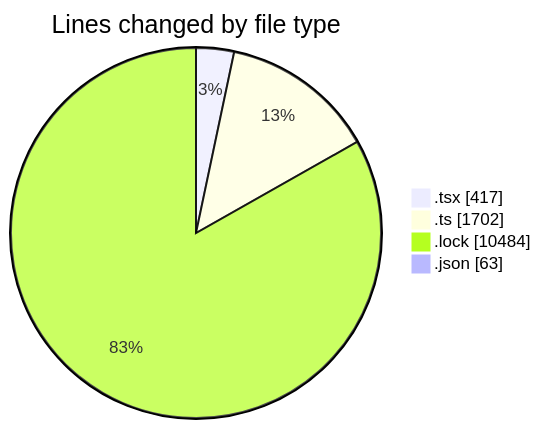
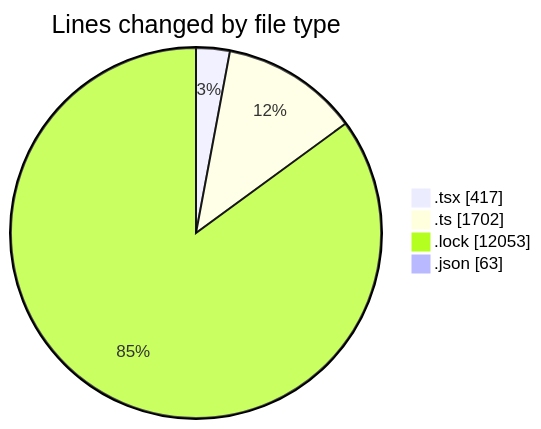
Before and after one commit to momahboobian/code-tracking: the first of 2 diagrams in 2025-12-03/cda/README.md, drawn with Mermaid. The commit also changed other lines of this file and 1 other file, not shown here.

````diff
--- a/2025-12-03/cda/README.md
+++ b/2025-12-03/cda/README.md
@@ -23,8 +23,8 @@
 ```mermaid
 pie showData
 title Lines changed by file type
 ".tsx" : 417
 ".ts" : 1702
-".lock" : 10484
+".lock" : 12053
 ".json" : 63
 ```
````
